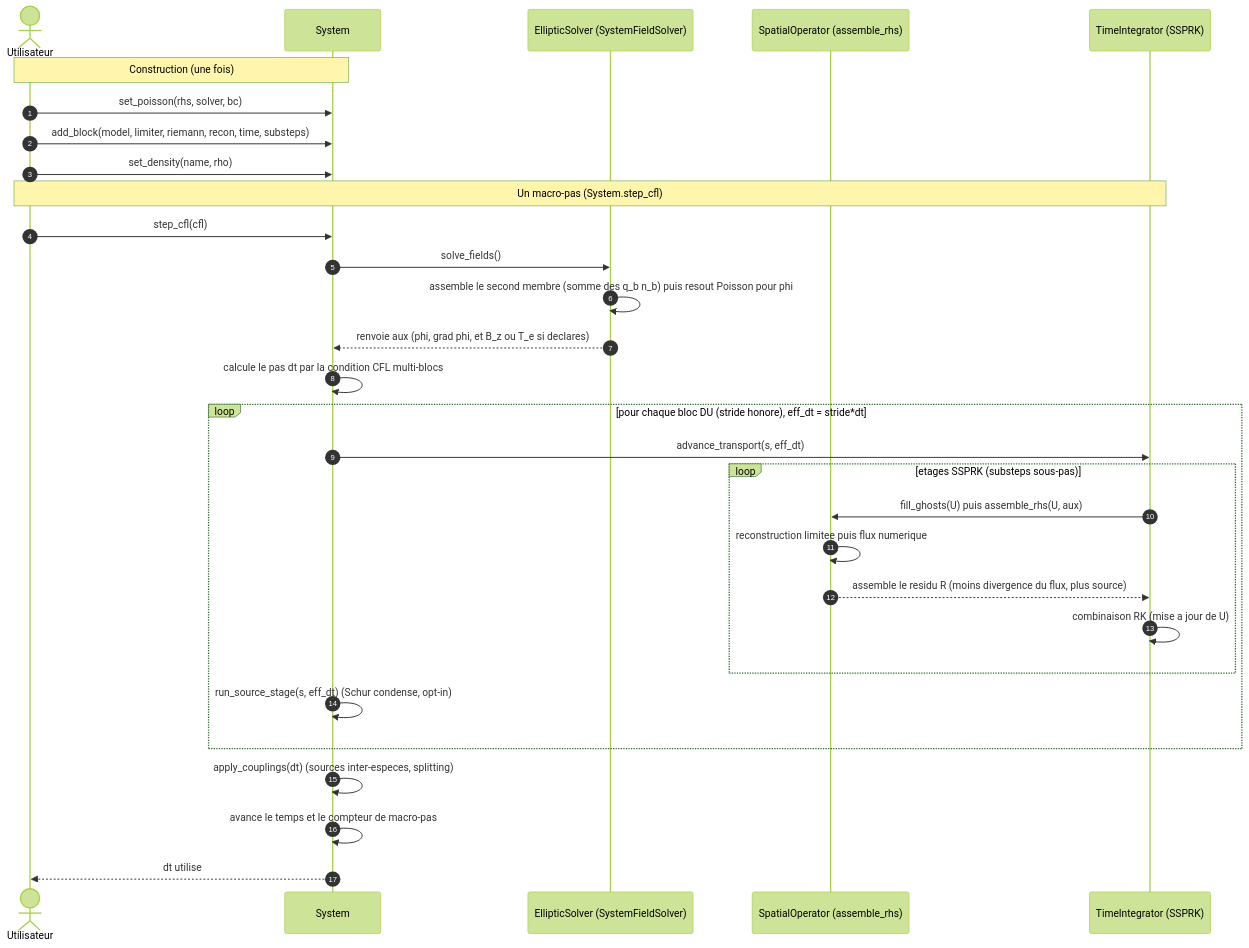
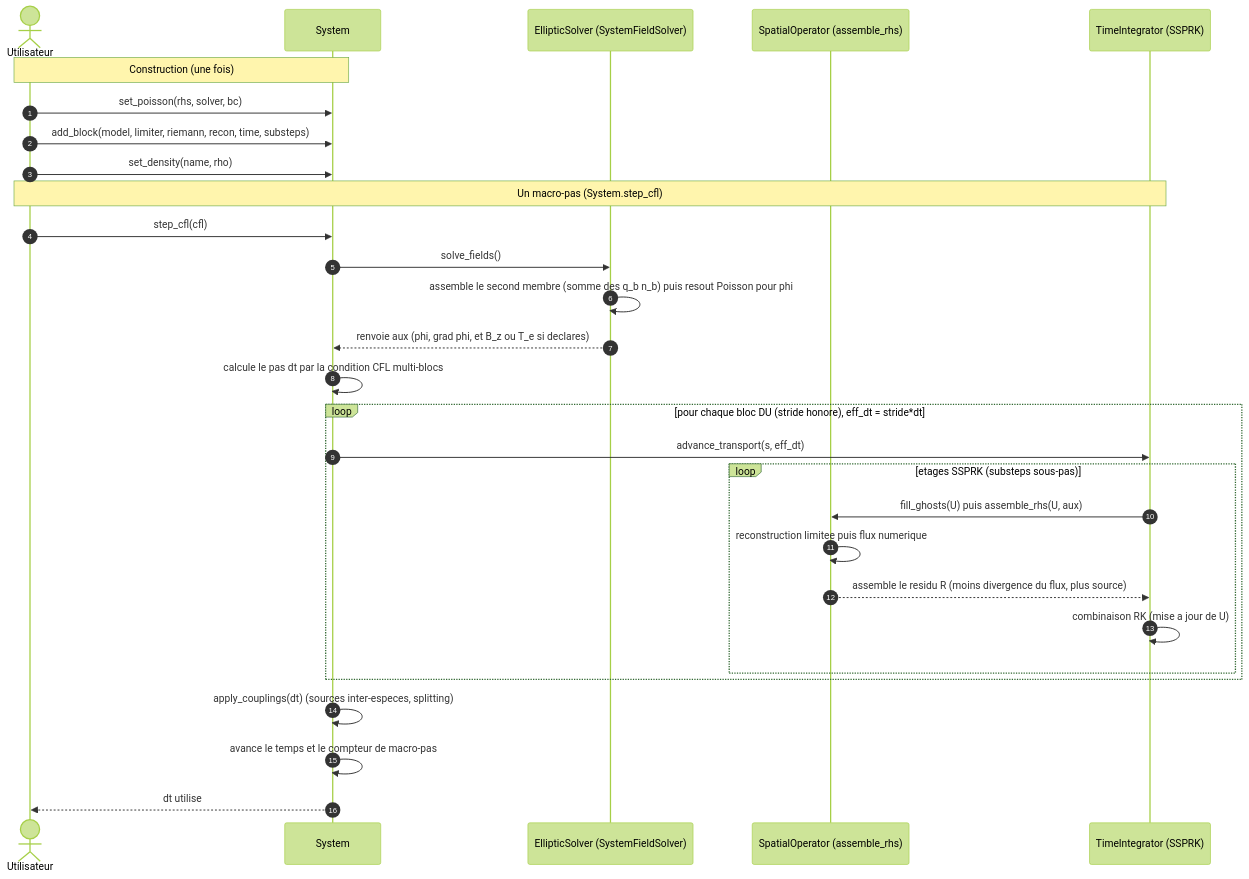
Before and after one commit to wolf75222/PoPS: the third of 4 diagrams in docs/ARCHITECTURE.md, drawn with Mermaid (forest theme). The commit also changed other lines of this file and 124 other files, not shown here.

````diff
--- a/docs/ARCHITECTURE.md
+++ b/docs/ARCHITECTURE.md
@@ -427,35 +428,34 @@
 ```mermaid
 sequenceDiagram
     autonumber
     actor Utilisateur
     participant System
     participant EllipticSolver as EllipticSolver (SystemFieldSolver)
     participant SpatialOperator as SpatialOperator (assemble_rhs)
     participant TimeIntegrator as TimeIntegrator (SSPRK)
 
     Note over Utilisateur,System: Construction (une fois)
     Utilisateur->>System: set_poisson(rhs, solver, bc)
     Utilisateur->>System: add_block(model, limiter, riemann, recon, time, substeps)
     Utilisateur->>System: set_density(name, rho)
 
     Note over Utilisateur,TimeIntegrator: Un macro-pas (System.step_cfl)
     Utilisateur->>System: step_cfl(cfl)
     System->>EllipticSolver: solve_fields()
     EllipticSolver->>EllipticSolver: assemble le second membre (somme des q_b n_b) puis resout Poisson pour phi
     EllipticSolver-->>System: renvoie aux (phi, grad phi, et B_z ou T_e si declares)
     System->>System: calcule le pas dt par la condition CFL multi-blocs
 
     loop pour chaque bloc DU (stride honore), eff_dt = stride*dt
         System->>TimeIntegrator: advance_transport(s, eff_dt)
         loop etages SSPRK (substeps sous-pas)
             TimeIntegrator->>SpatialOperator: fill_ghosts(U) puis assemble_rhs(U, aux)
             SpatialOperator->>SpatialOperator: reconstruction limitee puis flux numerique
             SpatialOperator-->>TimeIntegrator: assemble le residu R (moins divergence du flux, plus source)
             TimeIntegrator->>TimeIntegrator: combinaison RK (mise a jour de U)
         end
-        System->>System: run_source_stage(s, eff_dt) (Schur condense, opt-in)
     end
     System->>System: apply_couplings(dt) (sources inter-especes, splitting)
     System->>System: avance le temps et le compteur de macro-pas
     System-->>Utilisateur: dt utilise
 ```
````
